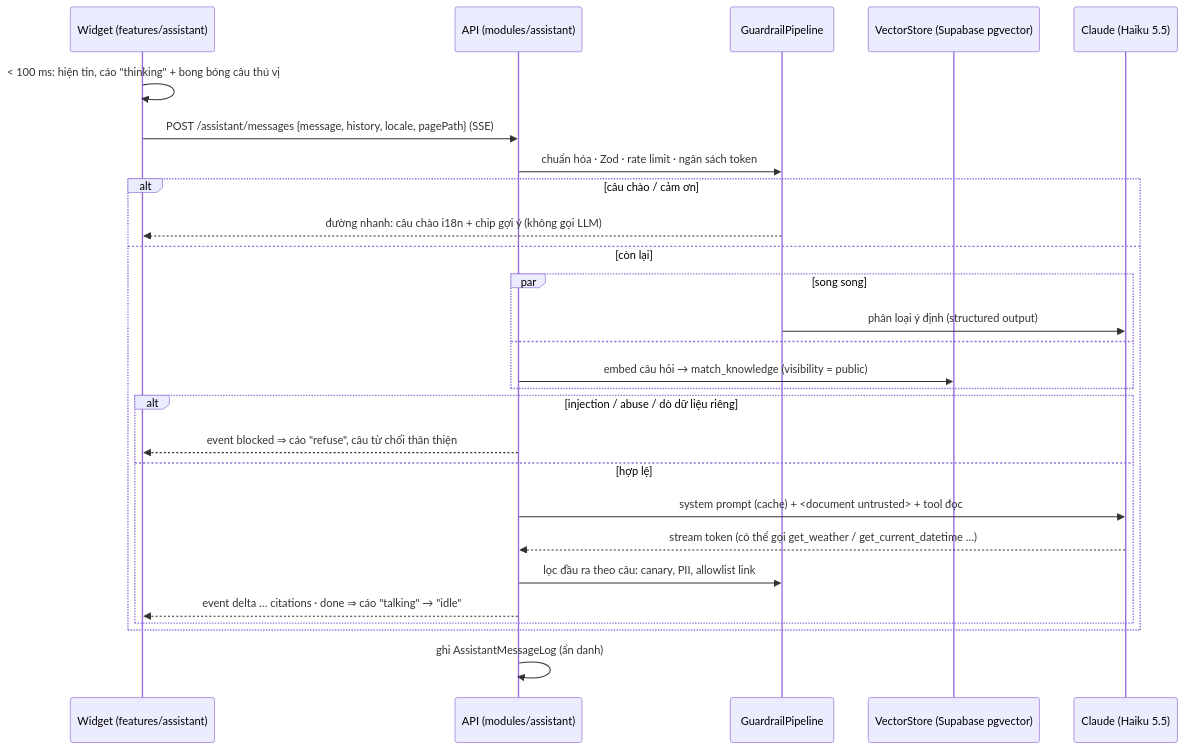
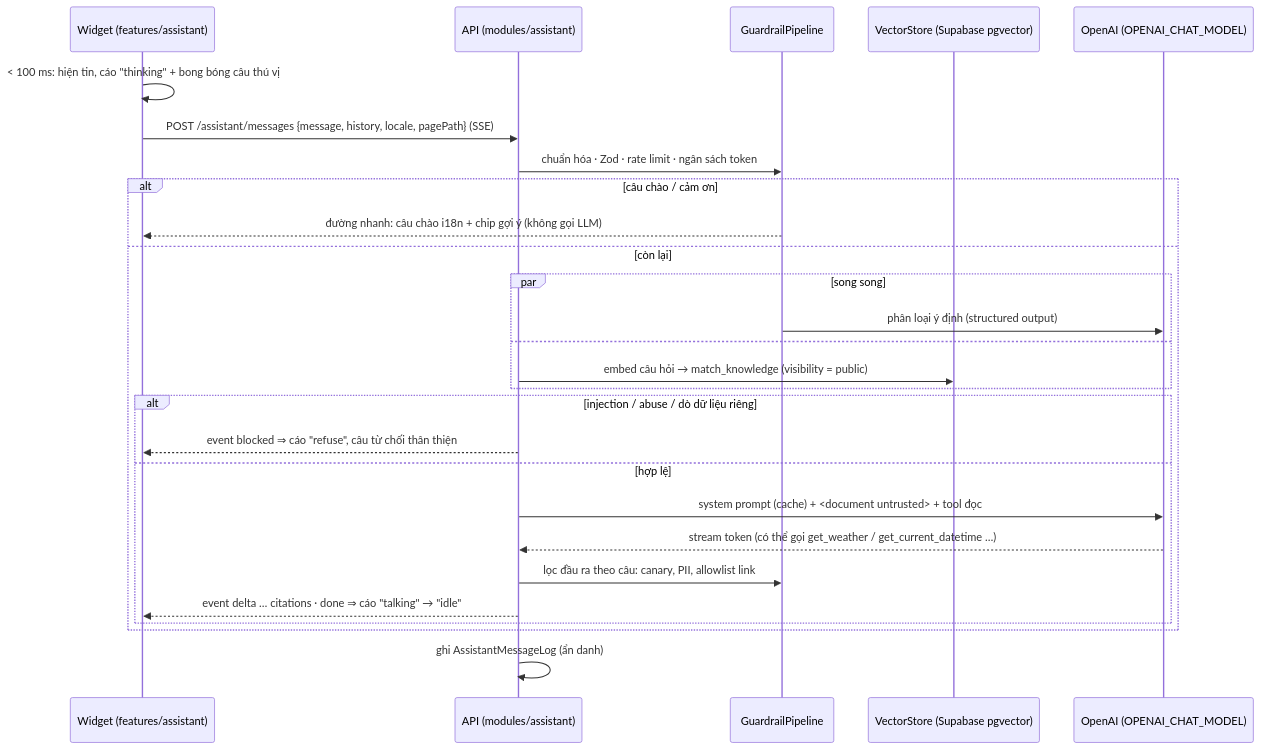
Before and after one commit to DienHung05/vCRAFT: the tenth of 10 diagrams in docs/ARCHITECTURE.md, drawn with Mermaid. The commit also changed other lines of this file and 327 other files, not shown here.

````diff
--- a/docs/ARCHITECTURE.md
+++ b/docs/ARCHITECTURE.md
@@ -529,29 +531,29 @@
 ```mermaid
 sequenceDiagram
     participant W as Widget (features/assistant)
     participant A as API (modules/assistant)
     participant G as GuardrailPipeline
     participant V as VectorStore (Supabase pgvector)
-    participant L as Claude (Haiku 5.5)
+    participant L as OpenAI (OPENAI_CHAT_MODEL)
     W->>W: < 100 ms: hiện tin, cáo "thinking" + bong bóng câu thú vị
     W->>A: POST /assistant/messages {message, history, locale, pagePath} (SSE)
     A->>G: chuẩn hóa · Zod · rate limit · ngân sách token
     alt câu chào / cảm ơn
       G-->>W: đường nhanh: câu chào i18n + chip gợi ý (không gọi LLM)
     else còn lại
       par song song
         G->>L: phân loại ý định (structured output)
       and
         A->>V: embed câu hỏi → match_knowledge (visibility = public)
       end
       alt injection / abuse / dò dữ liệu riêng
         A-->>W: event blocked ⇒ cáo "refuse", câu từ chối thân thiện
       else hợp lệ
         A->>L: system prompt (cache) + <document untrusted> + tool đọc
         L-->>A: stream token (có thể gọi get_weather / get_current_datetime …)
         A->>G: lọc đầu ra theo câu: canary, PII, allowlist link
         A-->>W: event delta … citations · done ⇒ cáo "talking" → "idle"
       end
     end
     A->>A: ghi AssistantMessageLog (ẩn danh)
 ```
````
